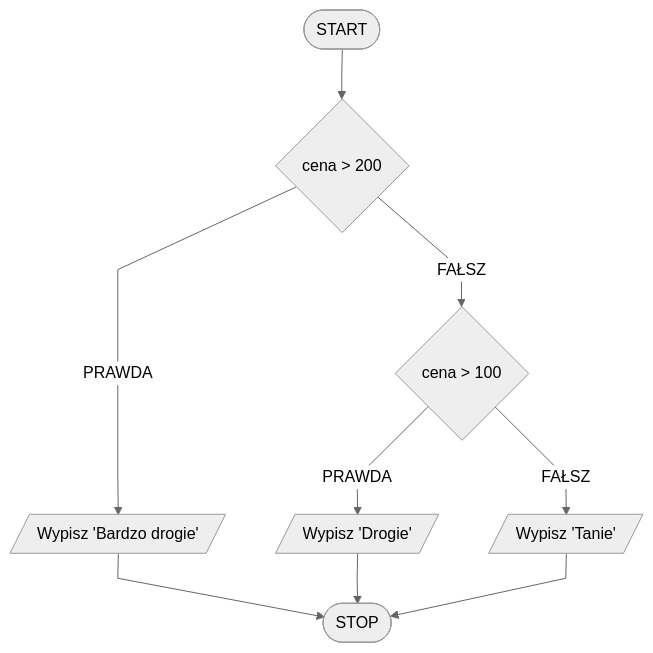
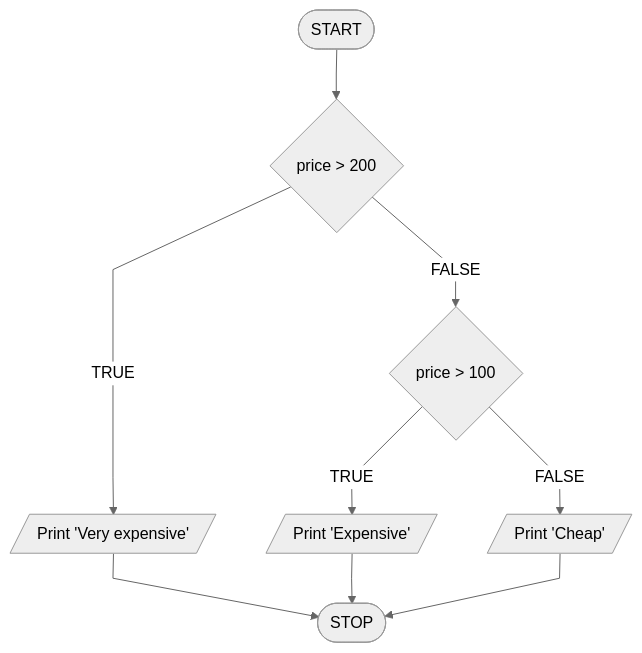
The sixth of 6 diagrams in docs/algorithms/introduction/conditionals.md (blackbat13/edu-cs-htiew-en), drawn with Mermaid before and after one commit. The commit also changed other lines of this file and 682 other files, not shown here.

````diff
--- a/docs/algorithms/introduction/conditionals.md
+++ b/docs/algorithms/introduction/conditionals.md
@@ -186,12 +186,12 @@
 ```mermaid
 %%{init: {"flowchart": {"curve": "linear"}, "theme": "neutral"} }%%
 flowchart TD
-    START([START]) --> K1{cena > 200}
-    K1 -- PRAWDA --> K2[/Wypisz 'Bardzo drogie'/]
-    K1 -- FAŁSZ --> K3{cena > 100}
-    K3 -- PRAWDA --> K4[/Wypisz 'Drogie'/]
-    K3 -- FAŁSZ --> K6[/Wypisz 'Tanie'/]
+    START([START]) --> K1{price > 200}
+    K1 -- TRUE --> K2[/Print 'Very expensive'/]
+    K1 -- FALSE --> K3{price > 100}
+    K3 -- TRUE --> K4[/Print 'Expensive'/]
+    K3 -- FALSE --> K6[/Print 'Cheap'/]
     K2 --> STOP([STOP])
     K4 --> STOP
     K6 --> STOP
 ```
````
